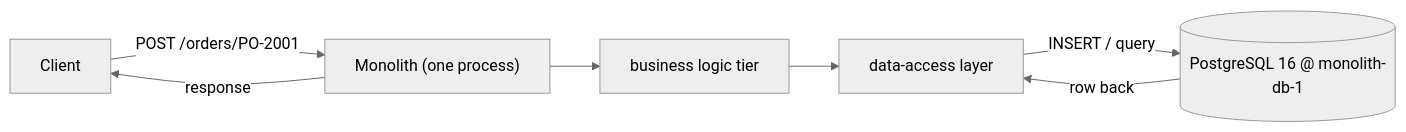
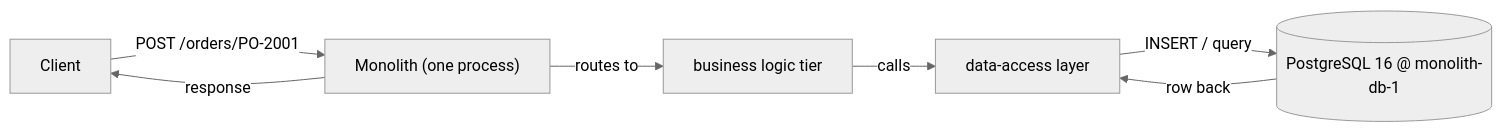
The eighth of 13 diagrams in docs/ch01-monolithic-architecture.md (vinayakuber/microservices-io-study-guide), drawn with Mermaid (neutral theme) before and after one commit. The commit also changed other lines of this file and 71 other files, not shown here.

First line of the commit message:
R18: label every diagram arrow with its meaning

````diff
--- a/docs/ch01-monolithic-architecture.md
+++ b/docs/ch01-monolithic-architecture.md
@@ -308,9 +308,9 @@
 ```mermaid
 flowchart LR
   CLI["Client"] -->|"POST /orders/PO-2001"| APP["Monolith (one process)"]
-  APP --> BL["business logic tier"]
-  BL --> DA["data-access layer"]
+  APP -->|"routes to"| BL["business logic tier"]
+  BL -->|"calls"| DA["data-access layer"]
   DA -->|"INSERT / query"| DB[("PostgreSQL 16 @ monolith-db-1")]
   DB -->|"row back"| DA
   APP -->|"response"| CLI
 ```
````
